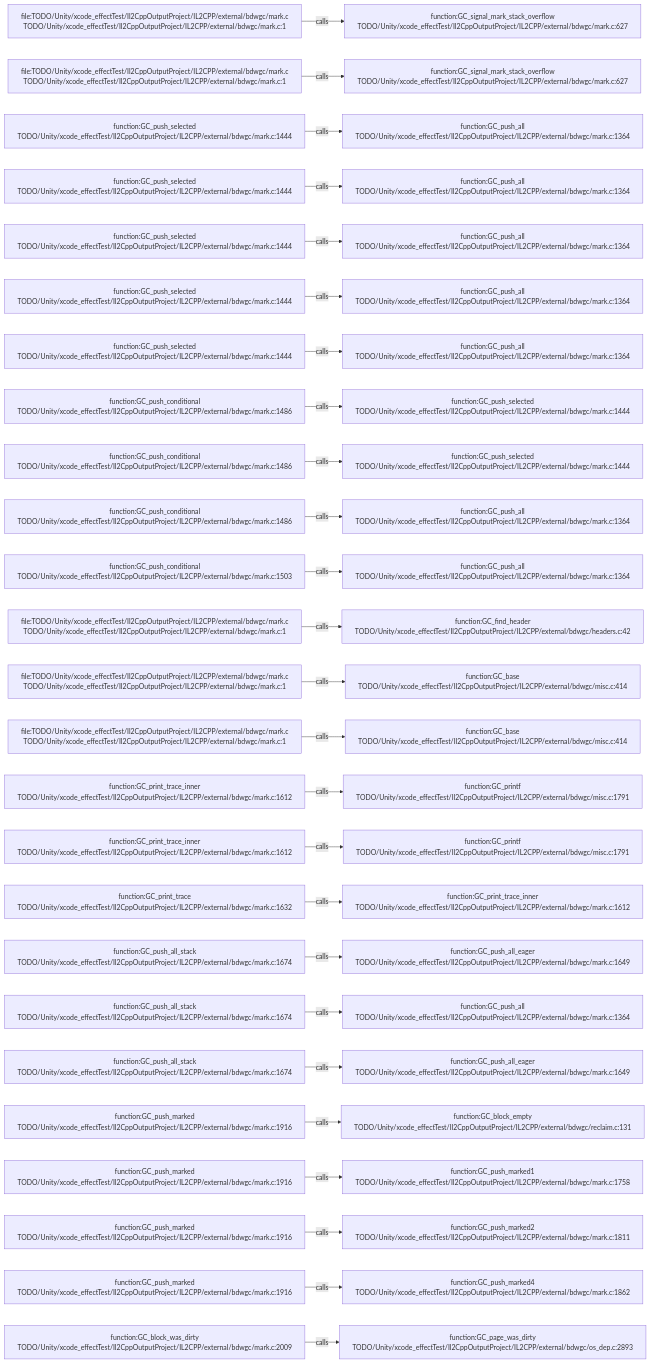
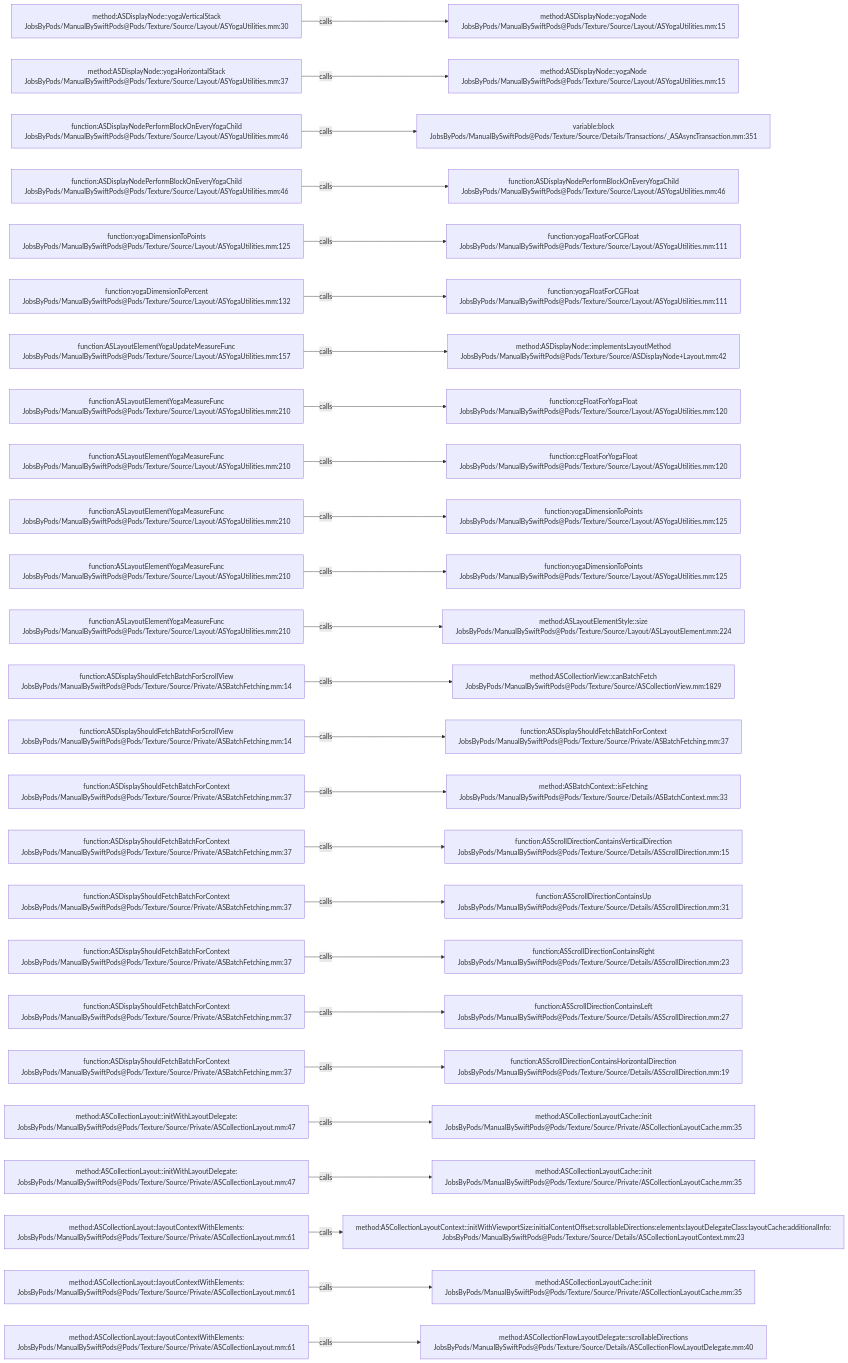
Before and after one commit to JobsKits/JobsSwiftBaseConfigDemo: the diagram in .codegraph/codegraph.md/graphs/calls-133.md, drawn with Mermaid. The commit also changed 2959 other files, not shown here.

````diff
--- a/.codegraph/codegraph.md/graphs/calls-133.md
+++ b/.codegraph/codegraph.md/graphs/calls-133.md
@@ -13,78 +13,78 @@
 ```mermaid
 flowchart LR
-  S1["file:TODO/Unity/xcode_effectTest/Il2CppOutputProject/IL2CPP/external/bdwgc/mark.c<br/>TODO/Unity/xcode_effectTest/Il2CppOutputProject/IL2CPP/external/bdwgc/mark.c:1"]
-  T1["function:GC_signal_mark_stack_overflow<br/>TODO/Unity/xcode_effectTest/Il2CppOutputProject/IL2CPP/external/bdwgc/mark.c:627"]
+  S1["method:ASDisplayNode::yogaVerticalStack<br/>JobsByPods/ManualBySwiftPods@Pods/Texture/Source/Layout/ASYogaUtilities.mm:30"]
+  T1["method:ASDisplayNode::yogaNode<br/>JobsByPods/ManualBySwiftPods@Pods/Texture/Source/Layout/ASYogaUtilities.mm:15"]
   S1 -->|calls| T1
-  S2["file:TODO/Unity/xcode_effectTest/Il2CppOutputProject/IL2CPP/external/bdwgc/mark.c<br/>TODO/Unity/xcode_effectTest/Il2CppOutputProject/IL2CPP/external/bdwgc/mark.c:1"]
-  T2["function:GC_signal_mark_stack_overflow<br/>TODO/Unity/xcode_effectTest/Il2CppOutputProject/IL2CPP/external/bdwgc/mark.c:627"]
+  S2["method:ASDisplayNode::yogaHorizontalStack<br/>JobsByPods/ManualBySwiftPods@Pods/Texture/Source/Layout/ASYogaUtilities.mm:37"]
+  T2["method:ASDisplayNode::yogaNode<br/>JobsByPods/ManualBySwiftPods@Pods/Texture/Source/Layout/ASYogaUtilities.mm:15"]
   S2 -->|calls| T2
-  S3["function:GC_push_selected<br/>TODO/Unity/xcode_effectTest/Il2CppOutputProject/IL2CPP/external/bdwgc/mark.c:1444"]
-  T3["function:GC_push_all<br/>TODO/Unity/xcode_effectTest/Il2CppOutputProject/IL2CPP/external/bdwgc/mark.c:1364"]
+  S3["function:ASDisplayNodePerformBlockOnEveryYogaChild<br/>JobsByPods/ManualBySwiftPods@Pods/Texture/Source/Layout/ASYogaUtilities.mm:46"]
+  T3["variable:block<br/>JobsByPods/ManualBySwiftPods@Pods/Texture/Source/Details/Transactions/_ASAsyncTransaction.mm:351"]
   S3 -->|calls| T3
-  S4["function:GC_push_selected<br/>TODO/Unity/xcode_effectTest/Il2CppOutputProject/IL2CPP/external/bdwgc/mark.c:1444"]
-  T4["function:GC_push_all<br/>TODO/Unity/xcode_effectTest/Il2CppOutputProject/IL2CPP/external/bdwgc/mark.c:1364"]
+  S4["function:ASDisplayNodePerformBlockOnEveryYogaChild<br/>JobsByPods/ManualBySwiftPods@Pods/Texture/Source/Layout/ASYogaUtilities.mm:46"]
+  T4["function:ASDisplayNodePerformBlockOnEveryYogaChild<br/>JobsByPods/ManualBySwiftPods@Pods/Texture/Source/Layout/ASYogaUtilities.mm:46"]
   S4 -->|calls| T4
-  S5["function:GC_push_selected<br/>TODO/Unity/xcode_effectTest/Il2CppOutputProject/IL2CPP/external/bdwgc/mark.c:1444"]
-  T5["function:GC_push_all<br/>TODO/Unity/xcode_effectTest/Il2CppOutputProject/IL2CPP/external/bdwgc/mark.c:1364"]
+  S5["function:yogaDimensionToPoints<br/>JobsByPods/ManualBySwiftPods@Pods/Texture/Source/Layout/ASYogaUtilities.mm:125"]
+  T5["function:yogaFloatForCGFloat<br/>JobsByPods/ManualBySwiftPods@Pods/Texture/Source/Layout/ASYogaUtilities.mm:111"]
   S5 -->|calls| T5
-  S6["function:GC_push_selected<br/>TODO/Unity/xcode_effectTest/Il2CppOutputProject/IL2CPP/external/bdwgc/mark.c:1444"]
-  T6["function:GC_push_all<br/>TODO/Unity/xcode_effectTest/Il2CppOutputProject/IL2CPP/external/bdwgc/mark.c:1364"]
+  S6["function:yogaDimensionToPercent<br/>JobsByPods/ManualBySwiftPods@Pods/Texture/Source/Layout/ASYogaUtilities.mm:132"]
+  T6["function:yogaFloatForCGFloat<br/>JobsByPods/ManualBySwiftPods@Pods/Texture/Source/Layout/ASYogaUtilities.mm:111"]
   S6 -->|calls| T6
-  S7["function:GC_push_selected<br/>TODO/Unity/xcode_effectTest/Il2CppOutputProject/IL2CPP/external/bdwgc/mark.c:1444"]
-  T7["function:GC_push_all<br/>TODO/Unity/xcode_effectTest/Il2CppOutputProject/IL2CPP/external/bdwgc/mark.c:1364"]
+  S7["function:ASLayoutElementYogaUpdateMeasureFunc<br/>JobsByPods/ManualBySwiftPods@Pods/Texture/Source/Layout/ASYogaUtilities.mm:157"]
+  T7["method:ASDisplayNode::implementsLayoutMethod<br/>JobsByPods/ManualBySwiftPods@Pods/Texture/Source/ASDisplayNode+Layout.mm:42"]
   S7 -->|calls| T7
-  S8["function:GC_push_conditional<br/>TODO/Unity/xcode_effectTest/Il2CppOutputProject/IL2CPP/external/bdwgc/mark.c:1486"]
-  T8["function:GC_push_selected<br/>TODO/Unity/xcode_effectTest/Il2CppOutputProject/IL2CPP/external/bdwgc/mark.c:1444"]
+  S8["function:ASLayoutElementYogaMeasureFunc<br/>JobsByPods/ManualBySwiftPods@Pods/Texture/Source/Layout/ASYogaUtilities.mm:210"]
+  T8["function:cgFloatForYogaFloat<br/>JobsByPods/ManualBySwiftPods@Pods/Texture/Source/Layout/ASYogaUtilities.mm:120"]
   S8 -->|calls| T8
-  S9["function:GC_push_conditional<br/>TODO/Unity/xcode_effectTest/Il2CppOutputProject/IL2CPP/external/bdwgc/mark.c:1486"]
-  T9["function:GC_push_selected<br/>TODO/Unity/xcode_effectTest/Il2CppOutputProject/IL2CPP/external/bdwgc/mark.c:1444"]
+  S9["function:ASLayoutElementYogaMeasureFunc<br/>JobsByPods/ManualBySwiftPods@Pods/Texture/Source/Layout/ASYogaUtilities.mm:210"]
+  T9["function:cgFloatForYogaFloat<br/>JobsByPods/ManualBySwiftPods@Pods/Texture/Source/Layout/ASYogaUtilities.mm:120"]
   S9 -->|calls| T9
-  S10["function:GC_push_conditional<br/>TODO/Unity/xcode_effectTest/Il2CppOutputProject/IL2CPP/external/bdwgc/mark.c:1486"]
-  T10["function:GC_push_all<br/>TODO/Unity/xcode_effectTest/Il2CppOutputProject/IL2CPP/external/bdwgc/mark.c:1364"]
+  S10["function:ASLayoutElementYogaMeasureFunc<br/>JobsByPods/ManualBySwiftPods@Pods/Texture/Source/Layout/ASYogaUtilities.mm:210"]
+  T10["function:yogaDimensionToPoints<br/>JobsByPods/ManualBySwiftPods@Pods/Texture/Source/Layout/ASYogaUtilities.mm:125"]
   S10 -->|calls| T10
-  S11["function:GC_push_conditional<br/>TODO/Unity/xcode_effectTest/Il2CppOutputProject/IL2CPP/external/bdwgc/mark.c:1503"]
-  T11["function:GC_push_all<br/>TODO/Unity/xcode_effectTest/Il2CppOutputProject/IL2CPP/external/bdwgc/mark.c:1364"]
+  S11["function:ASLayoutElementYogaMeasureFunc<br/>JobsByPods/ManualBySwiftPods@Pods/Texture/Source/Layout/ASYogaUtilities.mm:210"]
+  T11["function:yogaDimensionToPoints<br/>JobsByPods/ManualBySwiftPods@Pods/Texture/Source/Layout/ASYogaUtilities.mm:125"]
   S11 -->|calls| T11
-  S12["file:TODO/Unity/xcode_effectTest/Il2CppOutputProject/IL2CPP/external/bdwgc/mark.c<br/>TODO/Unity/xcode_effectTest/Il2CppOutputProject/IL2CPP/external/bdwgc/mark.c:1"]
-  T12["function:GC_find_header<br/>TODO/Unity/xcode_effectTest/Il2CppOutputProject/IL2CPP/external/bdwgc/headers.c:42"]
+  S12["function:ASLayoutElementYogaMeasureFunc<br/>JobsByPods/ManualBySwiftPods@Pods/Texture/Source/Layout/ASYogaUtilities.mm:210"]
+  T12["method:ASLayoutElementStyle::size<br/>JobsByPods/ManualBySwiftPods@Pods/Texture/Source/Layout/ASLayoutElement.mm:224"]
   S12 -->|calls| T12
-  S13["file:TODO/Unity/xcode_effectTest/Il2CppOutputProject/IL2CPP/external/bdwgc/mark.c<br/>TODO/Unity/xcode_effectTest/Il2CppOutputProject/IL2CPP/external/bdwgc/mark.c:1"]
-  T13["function:GC_base<br/>TODO/Unity/xcode_effectTest/Il2CppOutputProject/IL2CPP/external/bdwgc/misc.c:414"]
+  S13["function:ASDisplayShouldFetchBatchForScrollView<br/>JobsByPods/ManualBySwiftPods@Pods/Texture/Source/Private/ASBatchFetching.mm:14"]
+  T13["method:ASCollectionView::canBatchFetch<br/>JobsByPods/ManualBySwiftPods@Pods/Texture/Source/ASCollectionView.mm:1829"]
   S13 -->|calls| T13
-  S14["file:TODO/Unity/xcode_effectTest/Il2CppOutputProject/IL2CPP/external/bdwgc/mark.c<br/>TODO/Unity/xcode_effectTest/Il2CppOutputProject/IL2CPP/external/bdwgc/mark.c:1"]
-  T14["function:GC_base<br/>TODO/Unity/xcode_effectTest/Il2CppOutputProject/IL2CPP/external/bdwgc/misc.c:414"]
+  S14["function:ASDisplayShouldFetchBatchForScrollView<br/>JobsByPods/ManualBySwiftPods@Pods/Texture/Source/Private/ASBatchFetching.mm:14"]
+  T14["function:ASDisplayShouldFetchBatchForContext<br/>JobsByPods/ManualBySwiftPods@Pods/Texture/Source/Private/ASBatchFetching.mm:37"]
   S14 -->|calls| T14
-  S15["function:GC_print_trace_inner<br/>TODO/Unity/xcode_effectTest/Il2CppOutputProject/IL2CPP/external/bdwgc/mark.c:1612"]
-  T15["function:GC_printf<br/>TODO/Unity/xcode_effectTest/Il2CppOutputProject/IL2CPP/external/bdwgc/misc.c:1791"]
+  S15["function:ASDisplayShouldFetchBatchForContext<br/>JobsByPods/ManualBySwiftPods@Pods/Texture/Source/Private/ASBatchFetching.mm:37"]
+  T15["method:ASBatchContext::isFetching<br/>JobsByPods/ManualBySwiftPods@Pods/Texture/Source/Details/ASBatchContext.mm:33"]
   S15 -->|calls| T15
-  S16["function:GC_print_trace_inner<br/>TODO/Unity/xcode_effectTest/Il2CppOutputProject/IL2CPP/external/bdwgc/mark.c:1612"]
-  T16["function:GC_printf<br/>TODO/Unity/xcode_effectTest/Il2CppOutputProject/IL2CPP/external/bdwgc/misc.c:1791"]
+  S16["function:ASDisplayShouldFetchBatchForContext<br/>JobsByPods/ManualBySwiftPods@Pods/Texture/Source/Private/ASBatchFetching.mm:37"]
+  T16["function:ASScrollDirectionContainsVerticalDirection<br/>JobsByPods/ManualBySwiftPods@Pods/Texture/Source/Details/ASScrollDirection.mm:15"]
   S16 -->|calls| T16
-  S17["function:GC_print_trace<br/>TODO/Unity/xcode_effectTest/Il2CppOutputProject/IL2CPP/external/bdwgc/mark.c:1632"]
-  T17["function:GC_print_trace_inner<br/>TODO/Unity/xcode_effectTest/Il2CppOutputProject/IL2CPP/external/bdwgc/mark.c:1612"]
+  S17["function:ASDisplayShouldFetchBatchForContext<br/>JobsByPods/ManualBySwiftPods@Pods/Texture/Source/Private/ASBatchFetching.mm:37"]
+  T17["function:ASScrollDirectionContainsUp<br/>JobsByPods/ManualBySwiftPods@Pods/Texture/Source/Details/ASScrollDirection.mm:31"]
   S17 -->|calls| T17
-  S18["function:GC_push_all_stack<br/>TODO/Unity/xcode_effectTest/Il2CppOutputProject/IL2CPP/external/bdwgc/mark.c:1674"]
-  T18["function:GC_push_all_eager<br/>TODO/Unity/xcode_effectTest/Il2CppOutputProject/IL2CPP/external/bdwgc/mark.c:1649"]
+  S18["function:ASDisplayShouldFetchBatchForContext<br/>JobsByPods/ManualBySwiftPods@Pods/Texture/Source/Private/ASBatchFetching.mm:37"]
+  T18["function:ASScrollDirectionContainsRight<br/>JobsByPods/ManualBySwiftPods@Pods/Texture/Source/Details/ASScrollDirection.mm:23"]
   S18 -->|calls| T18
-  S19["function:GC_push_all_stack<br/>TODO/Unity/xcode_effectTest/Il2CppOutputProject/IL2CPP/external/bdwgc/mark.c:1674"]
-  T19["function:GC_push_all<br/>TODO/Unity/xcode_effectTest/Il2CppOutputProject/IL2CPP/external/bdwgc/mark.c:1364"]
+  S19["function:ASDisplayShouldFetchBatchForContext<br/>JobsByPods/ManualBySwiftPods@Pods/Texture/Source/Private/ASBatchFetching.mm:37"]
+  T19["function:ASScrollDirectionContainsLeft<br/>JobsByPods/ManualBySwiftPods@Pods/Texture/Source/Details/ASScrollDirection.mm:27"]
   S19 -->|calls| T19
-  S20["function:GC_push_all_stack<br/>TODO/Unity/xcode_effectTest/Il2CppOutputProject/IL2CPP/external/bdwgc/mark.c:1674"]
-  T20["function:GC_push_all_eager<br/>TODO/Unity/xcode_effectTest/Il2CppOutputProject/IL2CPP/external/bdwgc/mark.c:1649"]
+  S20["function:ASDisplayShouldFetchBatchForContext<br/>JobsByPods/ManualBySwiftPods@Pods/Texture/Source/Private/ASBatchFetching.mm:37"]
+  T20["function:ASScrollDirectionContainsHorizontalDirection<br/>JobsByPods/ManualBySwiftPods@Pods/Texture/Source/Details/ASScrollDirection.mm:19"]
   S20 -->|calls| T20
-  S21["function:GC_push_marked<br/>TODO/Unity/xcode_effectTest/Il2CppOutputProject/IL2CPP/external/bdwgc/mark.c:1916"]
-  T21["function:GC_block_empty<br/>TODO/Unity/xcode_effectTest/Il2CppOutputProject/IL2CPP/external/bdwgc/reclaim.c:131"]
+  S21["method:ASCollectionLayout::initWithLayoutDelegate:<br/>JobsByPods/ManualBySwiftPods@Pods/Texture/Source/Private/ASCollectionLayout.mm:47"]
+  T21["method:ASCollectionLayoutCache::init<br/>JobsByPods/ManualBySwiftPods@Pods/Texture/Source/Private/ASCollectionLayoutCache.mm:35"]
   S21 -->|calls| T21
-  S22["function:GC_push_marked<br/>TODO/Unity/xcode_effectTest/Il2CppOutputProject/IL2CPP/external/bdwgc/mark.c:1916"]
-  T22["function:GC_push_marked1<br/>TODO/Unity/xcode_effectTest/Il2CppOutputProject/IL2CPP/external/bdwgc/mark.c:1758"]
+  S22["method:ASCollectionLayout::initWithLayoutDelegate:<br/>JobsByPods/ManualBySwiftPods@Pods/Texture/Source/Private/ASCollectionLayout.mm:47"]
+  T22["method:ASCollectionLayoutCache::init<br/>JobsByPods/ManualBySwiftPods@Pods/Texture/Source/Private/ASCollectionLayoutCache.mm:35"]
   S22 -->|calls| T22
-  S23["function:GC_push_marked<br/>TODO/Unity/xcode_effectTest/Il2CppOutputProject/IL2CPP/external/bdwgc/mark.c:1916"]
-  T23["function:GC_push_marked2<br/>TODO/Unity/xcode_effectTest/Il2CppOutputProject/IL2CPP/external/bdwgc/mark.c:1811"]
+  S23["method:ASCollectionLayout::layoutContextWithElements:<br/>JobsByPods/ManualBySwiftPods@Pods/Texture/Source/Private/ASCollectionLayout.mm:61"]
+  T23["method:ASCollectionLayoutContext::initWithViewportSize:initialContentOffset:scrollableDirections:elements:layoutDelegateClass:layoutCache:additionalInfo:<br/>JobsByPods/ManualBySwiftPods@Pods/Texture/Source/Details/ASCollectionLayoutContext.mm:23"]
   S23 -->|calls| T23
-  S24["function:GC_push_marked<br/>TODO/Unity/xcode_effectTest/Il2CppOutputProject/IL2CPP/external/bdwgc/mark.c:1916"]
-  T24["function:GC_push_marked4<br/>TODO/Unity/xcode_effectTest/Il2CppOutputProject/IL2CPP/external/bdwgc/mark.c:1862"]
+  S24["method:ASCollectionLayout::layoutContextWithElements:<br/>JobsByPods/ManualBySwiftPods@Pods/Texture/Source/Private/ASCollectionLayout.mm:61"]
+  T24["method:ASCollectionLayoutCache::init<br/>JobsByPods/ManualBySwiftPods@Pods/Texture/Source/Private/ASCollectionLayoutCache.mm:35"]
   S24 -->|calls| T24
-  S25["function:GC_block_was_dirty<br/>TODO/Unity/xcode_effectTest/Il2CppOutputProject/IL2CPP/external/bdwgc/mark.c:2009"]
-  T25["function:GC_page_was_dirty<br/>TODO/Unity/xcode_effectTest/Il2CppOutputProject/IL2CPP/external/bdwgc/os_dep.c:2893"]
+  S25["method:ASCollectionLayout::layoutContextWithElements:<br/>JobsByPods/ManualBySwiftPods@Pods/Texture/Source/Private/ASCollectionLayout.mm:61"]
+  T25["method:ASCollectionFlowLayoutDelegate::scrollableDirections<br/>JobsByPods/ManualBySwiftPods@Pods/Texture/Source/Details/ASCollectionFlowLayoutDelegate.mm:40"]
   S25 -->|calls| T25
 ```
````
